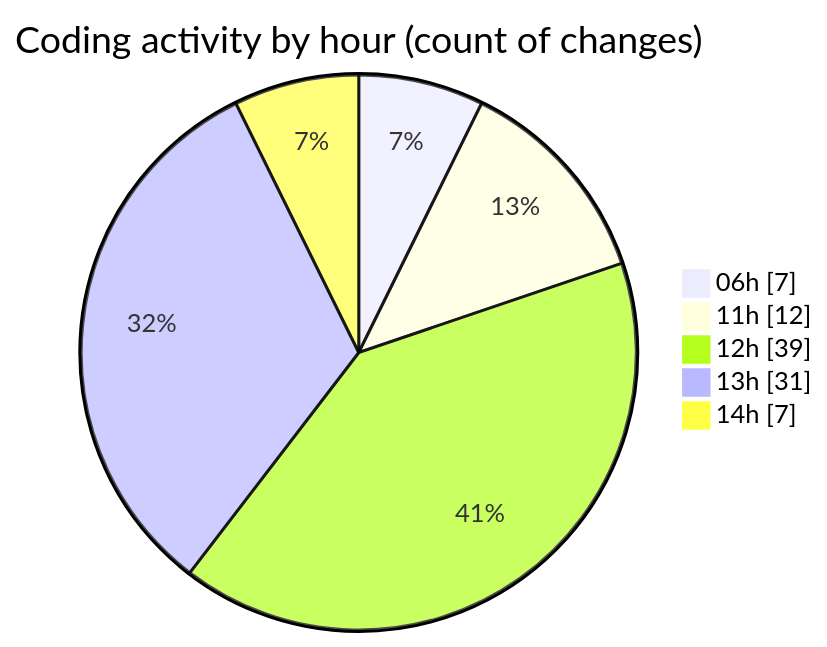
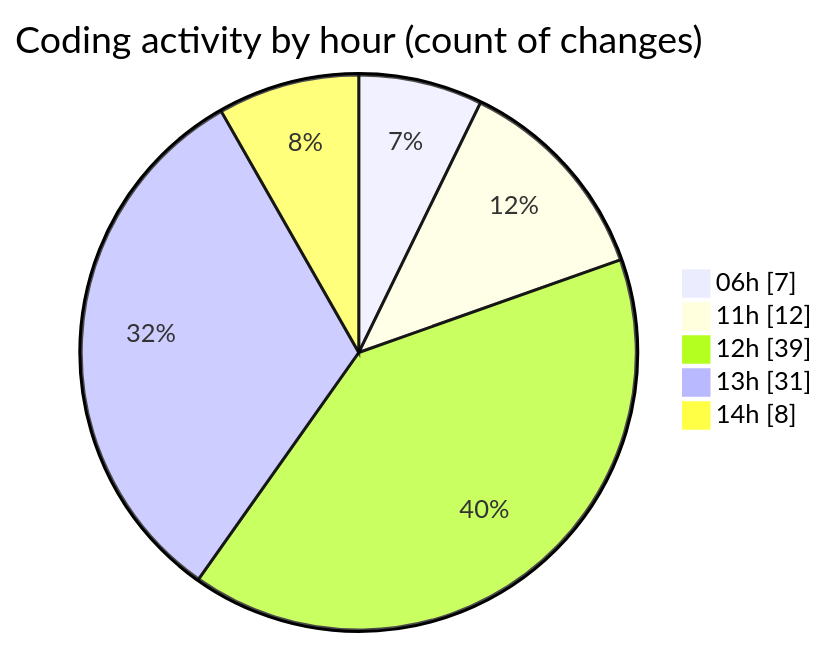
Before and after one commit to EIIisD/code-tracking: the second of 2 diagrams in 2025-07-14/ribbon/README.md, drawn with Mermaid. The commit also changed other lines of this file and 1 other file, not shown here.

````diff
--- a/2025-07-14/ribbon/README.md
+++ b/2025-07-14/ribbon/README.md
@@ -60,9 +61,9 @@
 ```mermaid
 pie showData
 title Coding activity by hour (count of changes)
 "06h" : 7
 "11h" : 12
 "12h" : 39
 "13h" : 31
-"14h" : 7
+"14h" : 8
 ```
````
